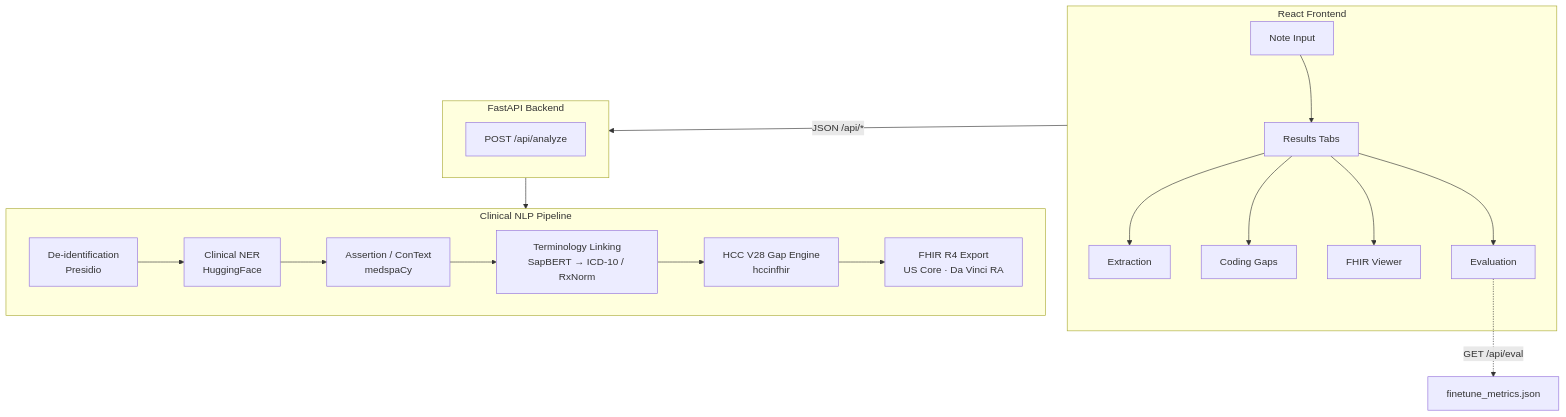
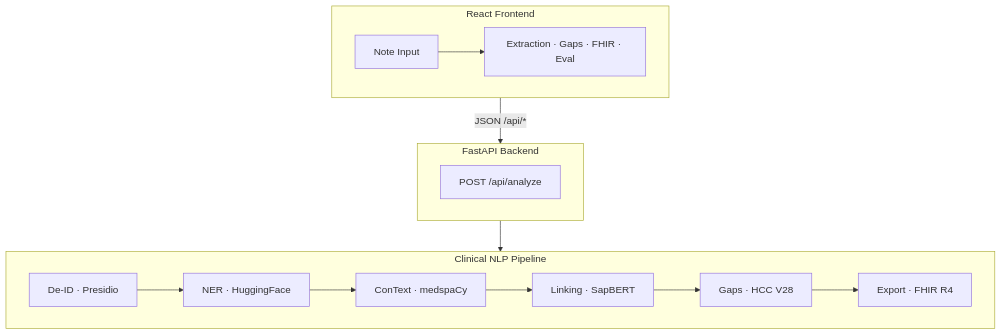
Before and after one commit to Daivya-Shah/chartscope: the diagram in README.md, drawn with Mermaid. The commit also changed other lines of this file and 1 other file, not shown here.

````diff
--- a/README.md
+++ b/README.md
@@ -116,31 +34,25 @@
 ```mermaid
 flowchart TB
     subgraph UI["React Frontend"]
-        NoteInput["Note Input"]
-        Tabs["Results Tabs"]
-        Extraction["Extraction"]
-        Gaps["Coding Gaps"]
-        FHIR["FHIR Viewer"]
-        Eval["Evaluation"]
-        NoteInput --> Tabs
-        Tabs --> Extraction & Gaps & FHIR & Eval
+        Input["Note Input"]
+        Tabs["Extraction · Gaps · FHIR · Eval"]
+        Input --> Tabs
     end
 
     subgraph API["FastAPI Backend"]
         Analyze["POST /api/analyze"]
     end
 
     subgraph Pipeline["Clinical NLP Pipeline"]
-        Deid["De-identification\nPresidio"]
-        NER["Clinical NER\nHuggingFace"]
-        Context["Assertion / ConText\nmedspaCy"]
-        Link["Terminology Linking\nSapBERT → ICD-10 / RxNorm"]
-        HCC["HCC V28 Gap Engine\nhccinfhir"]
-        Export["FHIR R4 Export\nUS Core · Da Vinci RA"]
-        Deid --> NER --> Context --> Link --> HCC --> Export
+        Deid["De-ID · Presidio"]
+        NER["NER · HuggingFace"]
+        Context["ConText · medspaCy"]
+        Link["Linking · SapBERT"]
+        HCC["Gaps · HCC V28"]
+        FHIR["Export · FHIR R4"]
+        Deid --> NER --> Context --> Link --> HCC --> FHIR
     end
 
     UI -->|"JSON /api/*"| API
     API --> Pipeline
-    Eval -.->|"GET /api/eval"| Metrics["finetune_metrics.json"]
 ```
````
